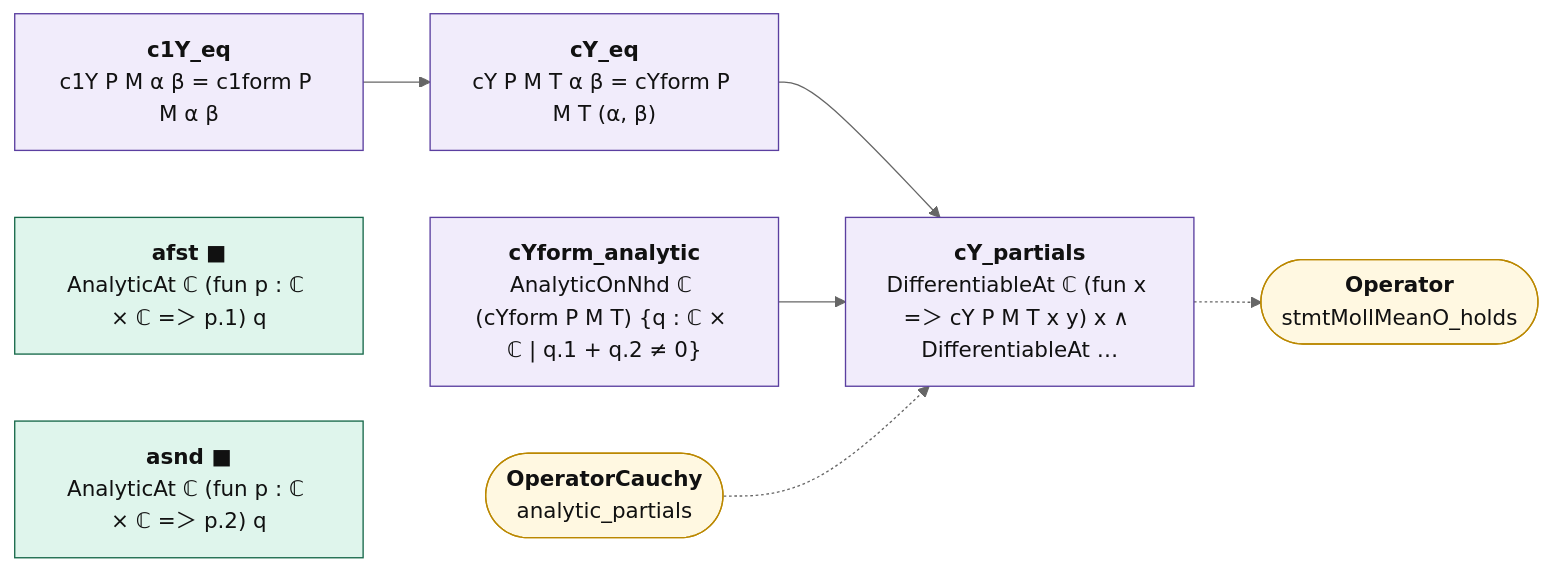
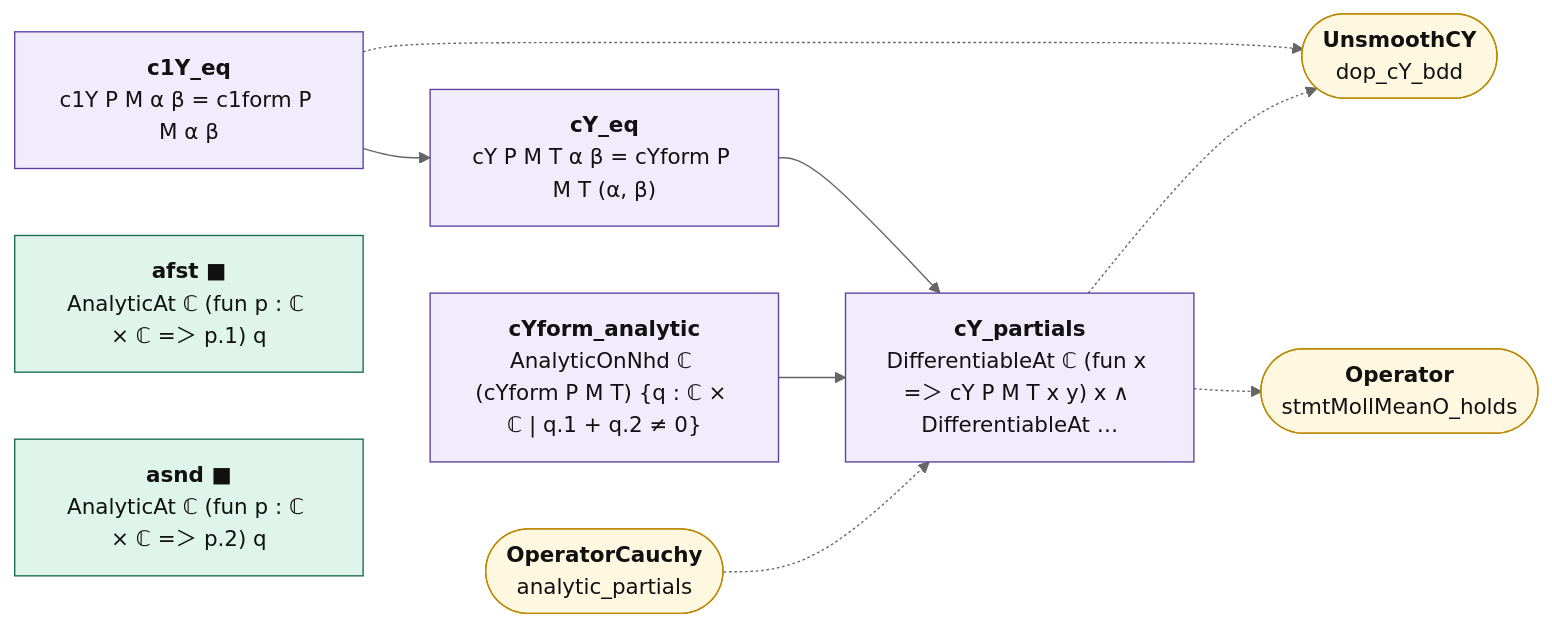
The diagram in map/lean_stage3/OperatorCY.md (juliansambranojr/Primebeat_081426), drawn with Mermaid (neutral theme) before and after one commit. The commit also changed other lines of this file and 36 other files, not shown here.

````diff
--- a/map/lean_stage3/OperatorCY.md
+++ b/map/lean_stage3/OperatorCY.md
@@ -14,24 +14,27 @@
 ```mermaid
 flowchart LR
   n0["<b>c1Y_eq</b><br/>c1Y P M α β = c1form P M α β"]:::shp
   n1["<b>cY_eq</b><br/>cY P M T α β = cYform P M T (α, β)"]:::shp
   n2["<b>afst ■</b><br/>AnalyticAt ℂ (fun p : ℂ × ℂ =＞ p.1) q"]:::cnt
   n3["<b>asnd ■</b><br/>AnalyticAt ℂ (fun p : ℂ × ℂ =＞ p.2) q"]:::cnt
   n4["<b>cYform_analytic</b><br/>AnalyticOnNhd ℂ (cYform P M T) {q : ℂ × ℂ | q.1 + q.2 ≠ 0}"]:::shp
   n5["<b>cY_partials</b><br/>DifferentiableAt ℂ (fun x =＞ cY P M T x y) x ∧ DifferentiableAt …"]:::shp
-  x0(["<b>OperatorCauchy</b><br/>analytic_partials"]):::ext
-  x1(["<b>Operator</b><br/>stmtMollMeanO_holds"]):::ext
+  x0(["<b>UnsmoothCY</b><br/>dop_cY_bdd"]):::ext
+  x1(["<b>OperatorCauchy</b><br/>analytic_partials"]):::ext
+  x2(["<b>Operator</b><br/>stmtMollMeanO_holds"]):::ext
   n0 --> n1
   n1 --> n5
   n4 --> n5
-  n5 -.-> x1
-  x0 -.-> n5
+  n0 -.-> x0
+  n5 -.-> x0
+  n5 -.-> x2
+  x1 -.-> n5
   classDef cnt fill:#dff5ec,stroke:#17694a,color:#111
   classDef shp fill:#f1ecfb,stroke:#5b3fa0,color:#111
   classDef rh fill:#ffe5e5,stroke:#c22,color:#111,stroke-width:2px
   classDef thm fill:#eef4ff,stroke:#335,color:#111
   classDef end_ fill:#e7f7e7,stroke:#2a7,color:#111,stroke-width:2px
   classDef lone fill:#fff,stroke:#999,color:#111,stroke-dasharray:4 3
   classDef bad fill:#ffe5e5,stroke:#c22,color:#111,stroke-width:2px
   classDef ext fill:#fff8e1,stroke:#b80,color:#111
 ```
````
